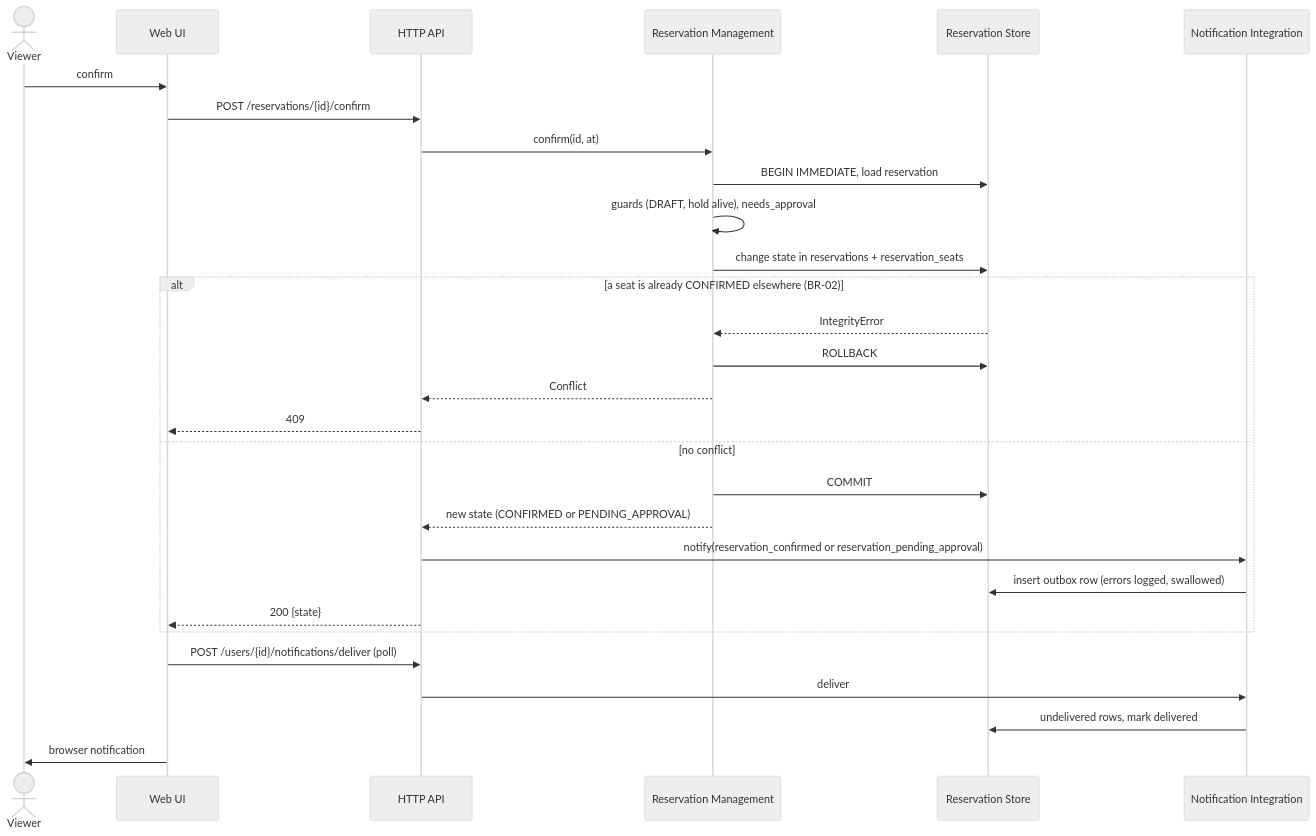
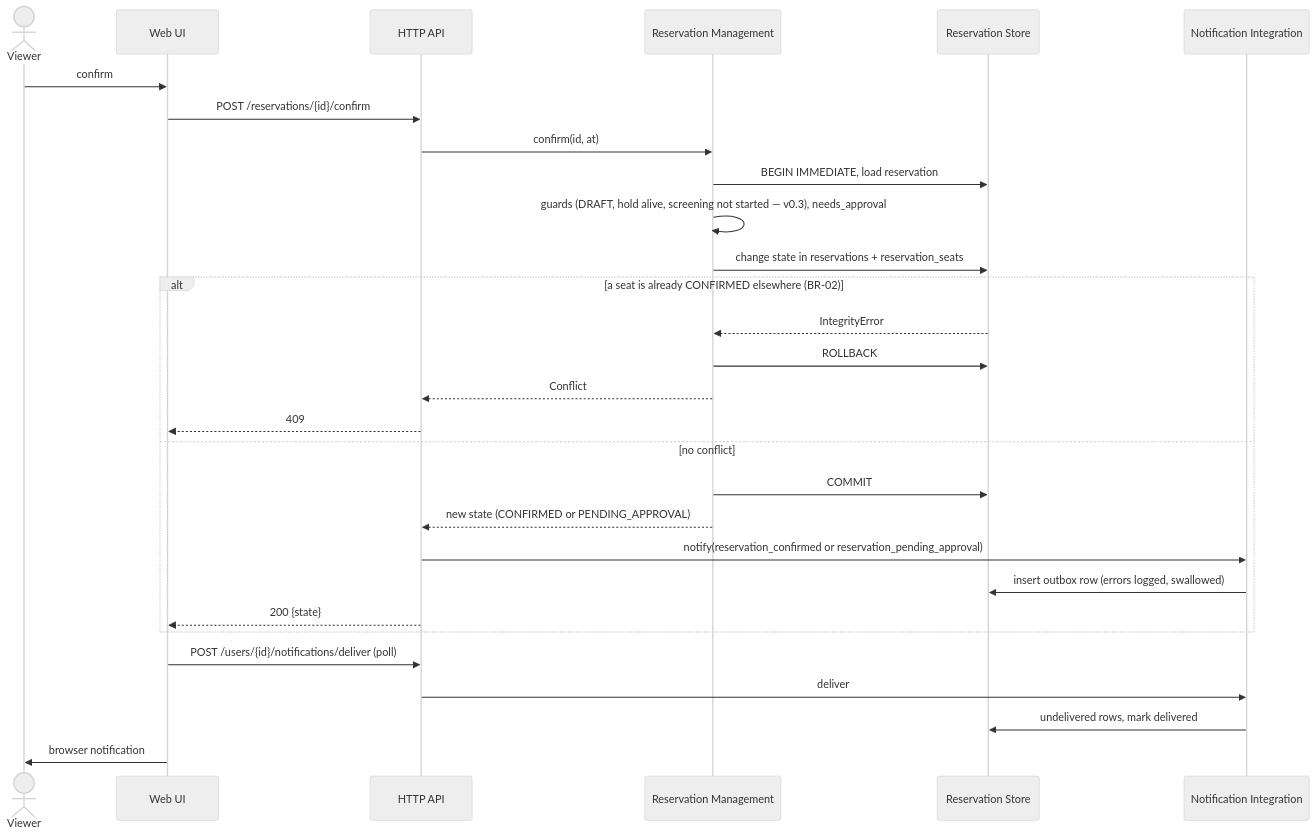
One commit to SerpentSide/SWI_Projekt changed the fifth of 6 diagrams in docs/c03-architecture.md. Above: the diagram before and after it, drawn with Mermaid (neutral theme). The commit also changed other lines of this file and 9 other files, not shown here.

````diff
--- a/docs/c03-architecture.md
+++ b/docs/c03-architecture.md
@@ -272,32 +273,32 @@
 ```mermaid
 sequenceDiagram
     actor Viewer
     participant UI as Web UI
     participant API as HTTP API
     participant RM as Reservation Management
     participant ST as Reservation Store
     participant NI as Notification Integration
 
     Viewer->>UI: confirm
     UI->>API: POST /reservations/{id}/confirm
     API->>RM: confirm(id, at)
     RM->>ST: BEGIN IMMEDIATE, load reservation
-    RM->>RM: guards (DRAFT, hold alive), needs_approval
+    RM->>RM: guards (DRAFT, hold alive, screening not started — v0.3), needs_approval
     RM->>ST: change state in reservations + reservation_seats
     alt a seat is already CONFIRMED elsewhere (BR-02)
         ST-->>RM: IntegrityError
         RM->>ST: ROLLBACK
         RM-->>API: Conflict
         API-->>UI: 409
     else no conflict
         RM->>ST: COMMIT
         RM-->>API: new state (CONFIRMED or PENDING_APPROVAL)
         API->>NI: notify(reservation_confirmed or reservation_pending_approval)
         NI->>ST: insert outbox row (errors logged, swallowed)
         API-->>UI: 200 {state}
     end
     UI->>API: POST /users/{id}/notifications/deliver (poll)
     API->>NI: deliver
     NI->>ST: undelivered rows, mark delivered
     UI->>Viewer: browser notification
 ```
````
